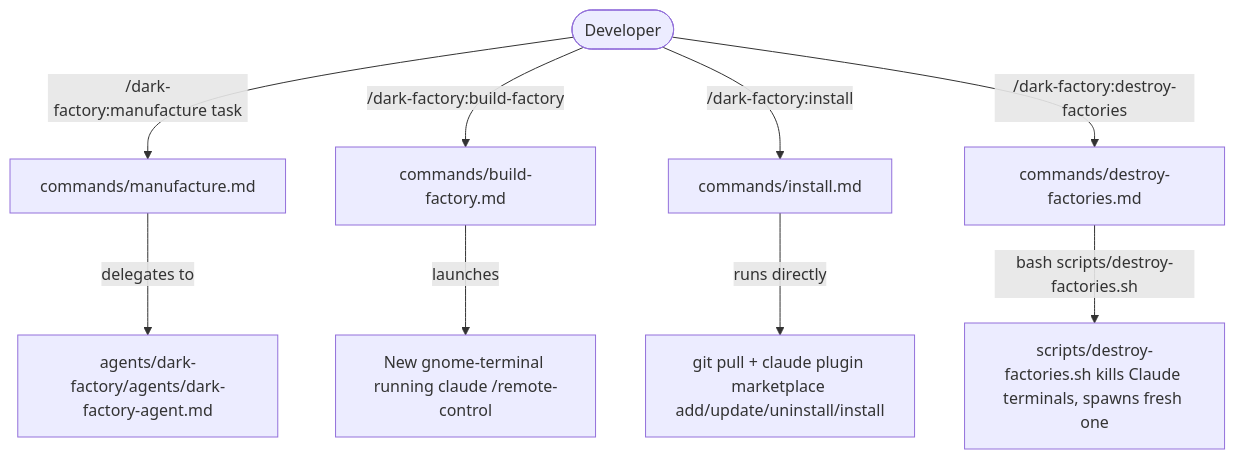
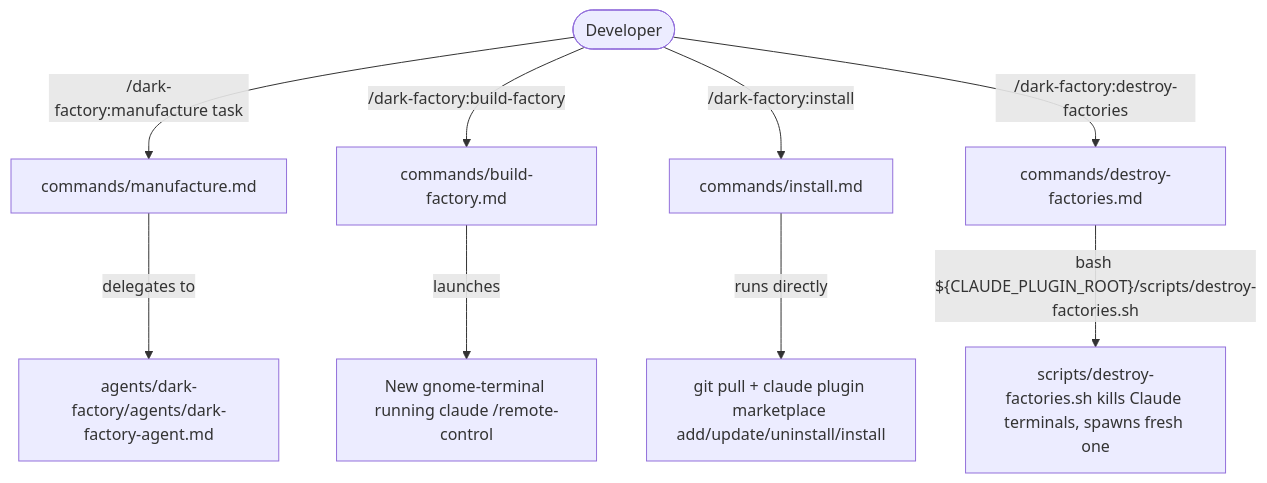
Before and after one commit to lewibs/dark-factory: the diagram in docs/docs/commands.md, drawn with Mermaid. The commit also changed other lines of this file and 22 other files, not shown here.

First line of the commit message:
feat(plugin): bundle scripts with plugin using CLAUDE_PLUGIN_ROOT

````diff
--- a/docs/docs/commands.md
+++ b/docs/docs/commands.md
@@ -18,12 +18,12 @@
 ```mermaid
 flowchart TD
   Dev([Developer]) -->|/dark-factory:manufacture task| CMD_M[commands/manufacture.md]
   Dev -->|/dark-factory:build-factory| CMD_S[commands/build-factory.md]
   Dev -->|/dark-factory:install| CMD_I[commands/install.md]
   Dev -->|/dark-factory:destroy-factories| CMD_D[commands/destroy-factories.md]
 
   CMD_M -->|delegates to| DFA[agents/dark-factory/agents/dark-factory-agent.md]
   CMD_S -->|launches| TERM[New gnome-terminal running claude /remote-control]
   CMD_I -->|runs directly| GIT[git pull + claude plugin marketplace add/update/uninstall/install]
-  CMD_D -->|bash scripts/destroy-factories.sh| DS[scripts/destroy-factories.sh kills Claude terminals, spawns fresh one]
+  CMD_D -->|"bash ${CLAUDE_PLUGIN_ROOT}/scripts/destroy-factories.sh"| DS[scripts/destroy-factories.sh kills Claude terminals, spawns fresh one]
 ```
````
